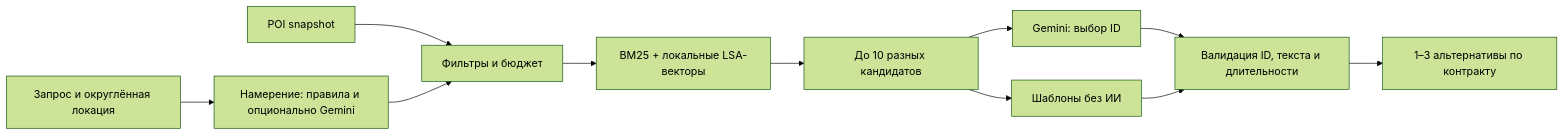
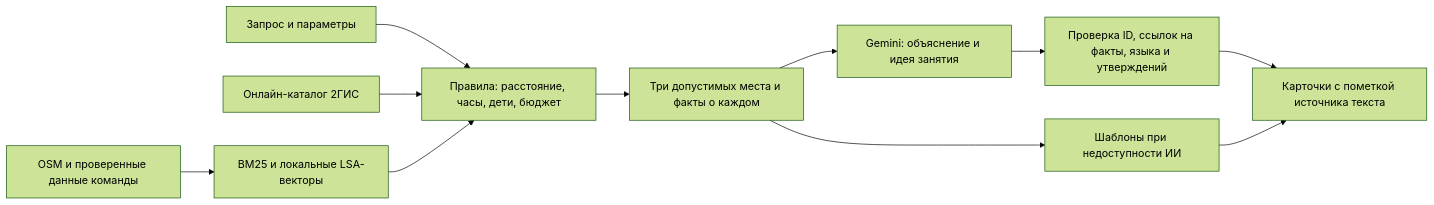
One commit to utepbergenoff/seruen changed the diagram in README.md. Above: the diagram before and after it, drawn with Mermaid (forest theme). The commit also changed other lines of this file and 96 other files, not shown here.

````diff
--- a/README.md
+++ b/README.md
@@ -70,13 +19,13 @@
 ```mermaid
 flowchart LR
-    U[Запрос и округлённая локация] --> I[Намерение: правила и опционально Gemini]
-    D[POI snapshot] --> F[Фильтры и бюджет]
-    I --> F
-    F --> R[BM25 + локальные LSA-векторы]
-    R --> G[До 10 разных кандидатов]
-    G --> A[Gemini: выбор ID]
-    G --> T[Шаблоны без ИИ]
-    A --> V[Валидация ID, текста и длительности]
-    T --> V
-    V --> O[1–3 альтернативы по контракту]
+    Q[Запрос и параметры] --> F[Правила: расстояние, часы, дети, бюджет]
+    D[OSM и проверенные данные команды] --> R[BM25 и локальные LSA-векторы]
+    C[Онлайн-каталог 2ГИС] --> F
+    R --> F
+    F --> P[Три допустимых места и факты о каждом]
+    P --> G[Gemini: объяснение и идея занятия]
+    G --> V[Проверка ID, ссылок на факты, языка и утверждений]
+    V --> O[Карточки с пометкой источника текста]
+    P --> T[Шаблоны при недоступности ИИ]
+    T --> O
 ```
````
